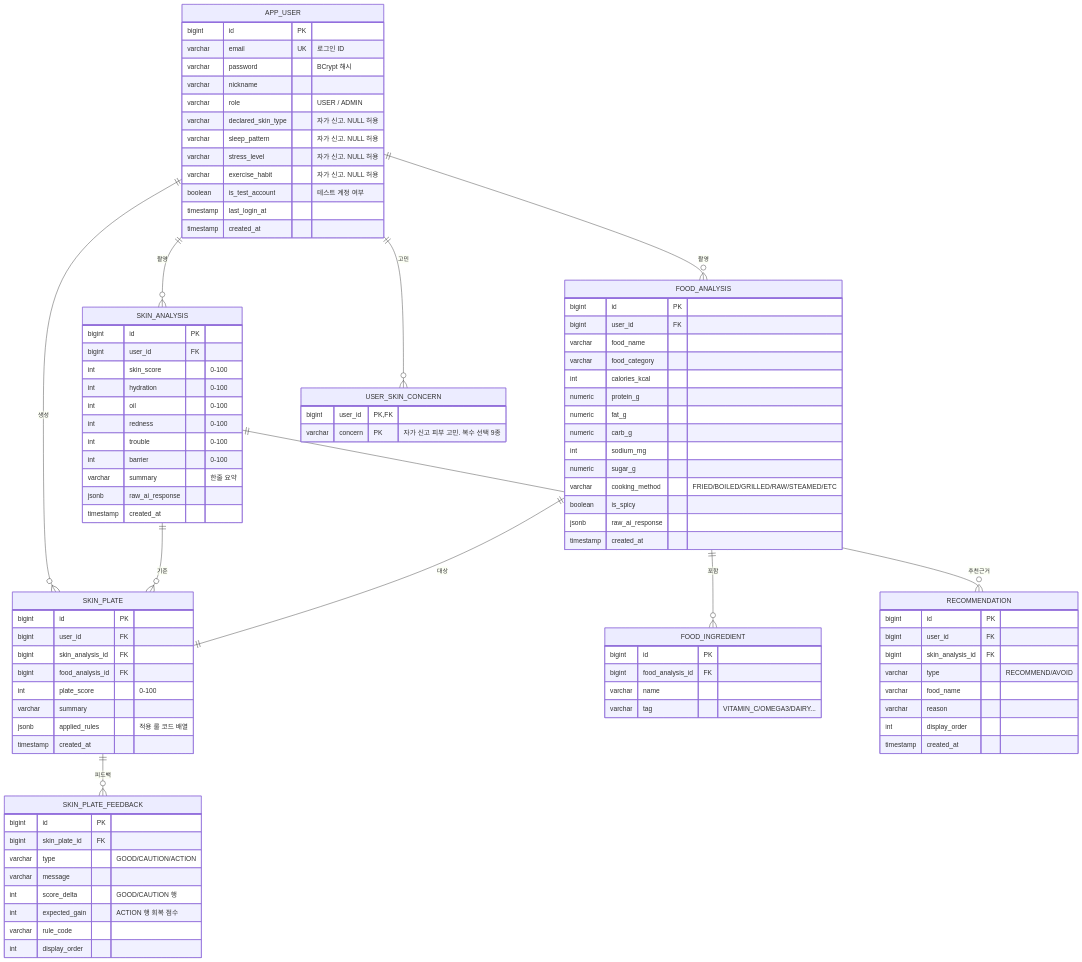
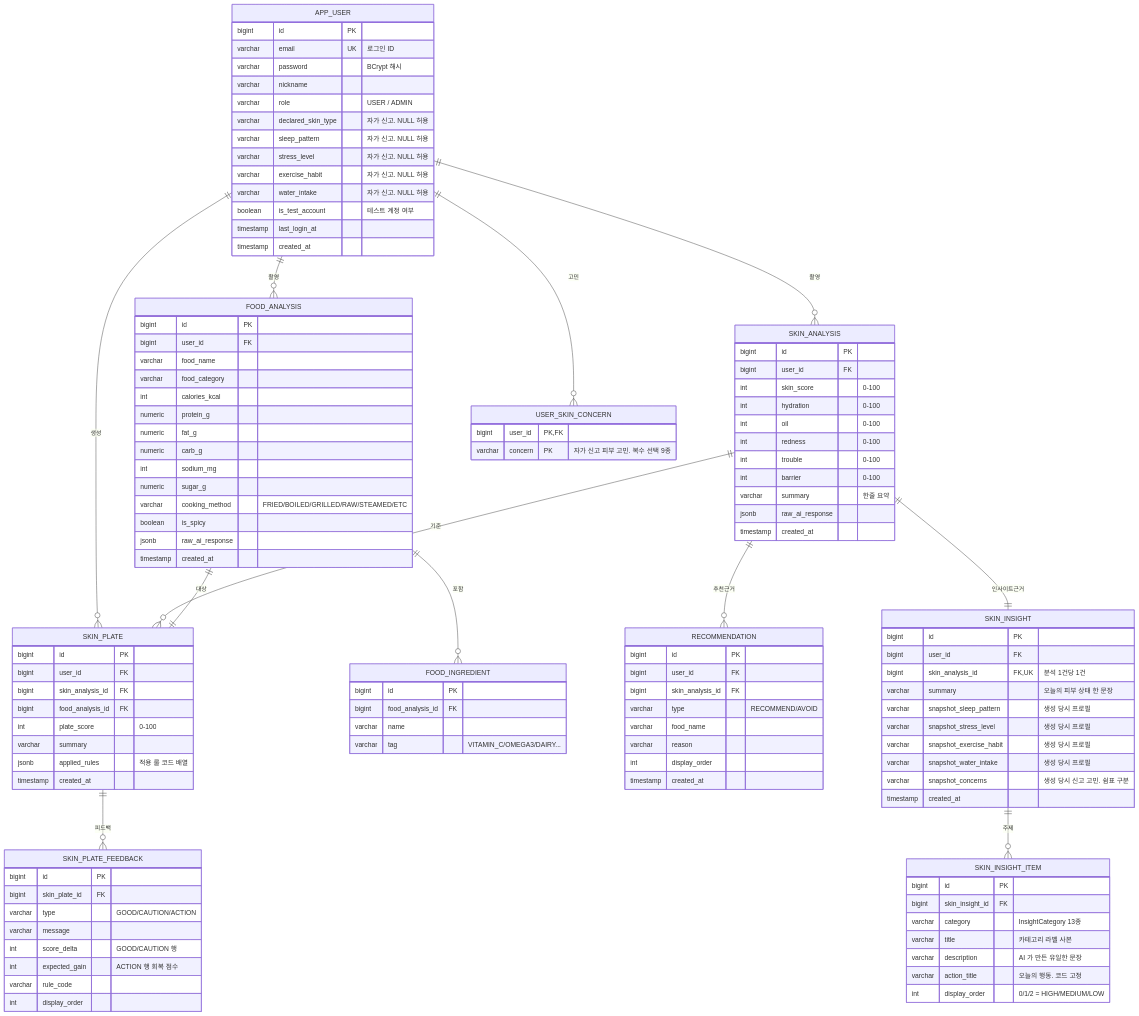
One commit to LikeLion-DU/Skinpick-backend changed the fourth of 8 diagrams in SkinPlate_PRD.md. Above: the diagram before and after it, drawn with Mermaid. The commit also changed other lines of this file and 28 other files, not shown here.

````diff
--- a/SkinPlate_PRD.md
+++ b/SkinPlate_PRD.md
@@ -1413,6 +1426,8 @@
     FOOD_ANALYSIS ||--o{ FOOD_INGREDIENT : "포함"
     SKIN_PLATE ||--o{ SKIN_PLATE_FEEDBACK : "피드백"
     SKIN_ANALYSIS ||--o{ RECOMMENDATION : "추천근거"
+    SKIN_ANALYSIS ||--|| SKIN_INSIGHT : "인사이트근거"
+    SKIN_INSIGHT ||--o{ SKIN_INSIGHT_ITEM : "주제"
 
     APP_USER {
         bigint id PK
@@ -1424,6 +1439,7 @@
         varchar sleep_pattern "자가 신고. NULL 허용"
         varchar stress_level "자가 신고. NULL 허용"
         varchar exercise_habit "자가 신고. NULL 허용"
+        varchar water_intake "자가 신고. NULL 허용"
         boolean is_test_account "테스트 계정 여부"
         timestamp last_login_at
         timestamp created_at
@@ -1504,4 +1520,27 @@
         int display_order
         timestamp created_at
     }
+
+    SKIN_INSIGHT {
+        bigint id PK
+        bigint user_id FK
+        bigint skin_analysis_id FK, UK "분석 1건당 1건"
+        varchar summary "오늘의 피부 상태 한 문장"
+        varchar snapshot_sleep_pattern "생성 당시 프로필"
+        varchar snapshot_stress_level "생성 당시 프로필"
+        varchar snapshot_exercise_habit "생성 당시 프로필"
+        varchar snapshot_water_intake "생성 당시 프로필"
+        varchar snapshot_concerns "생성 당시 신고 고민. 쉼표 구분"
+        timestamp created_at
+    }
+
+    SKIN_INSIGHT_ITEM {
+        bigint id PK
+        bigint skin_insight_id FK
+        varchar category "InsightCategory 13종"
+        varchar title "카테고리 라벨 사본"
+        varchar description "AI 가 만든 유일한 문장"
+        varchar action_title "오늘의 행동. 코드 고정"
+        int display_order "0/1/2 = HIGH/MEDIUM/LOW"
+    }
 ```
````
